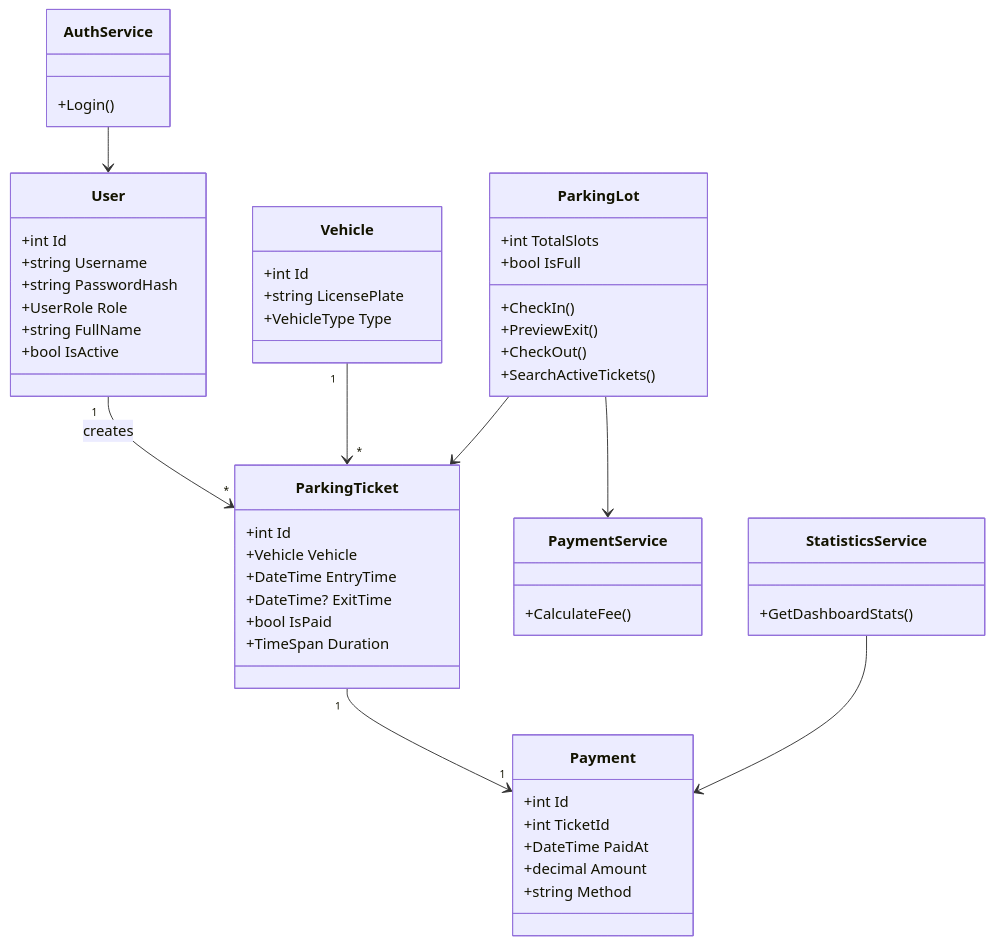
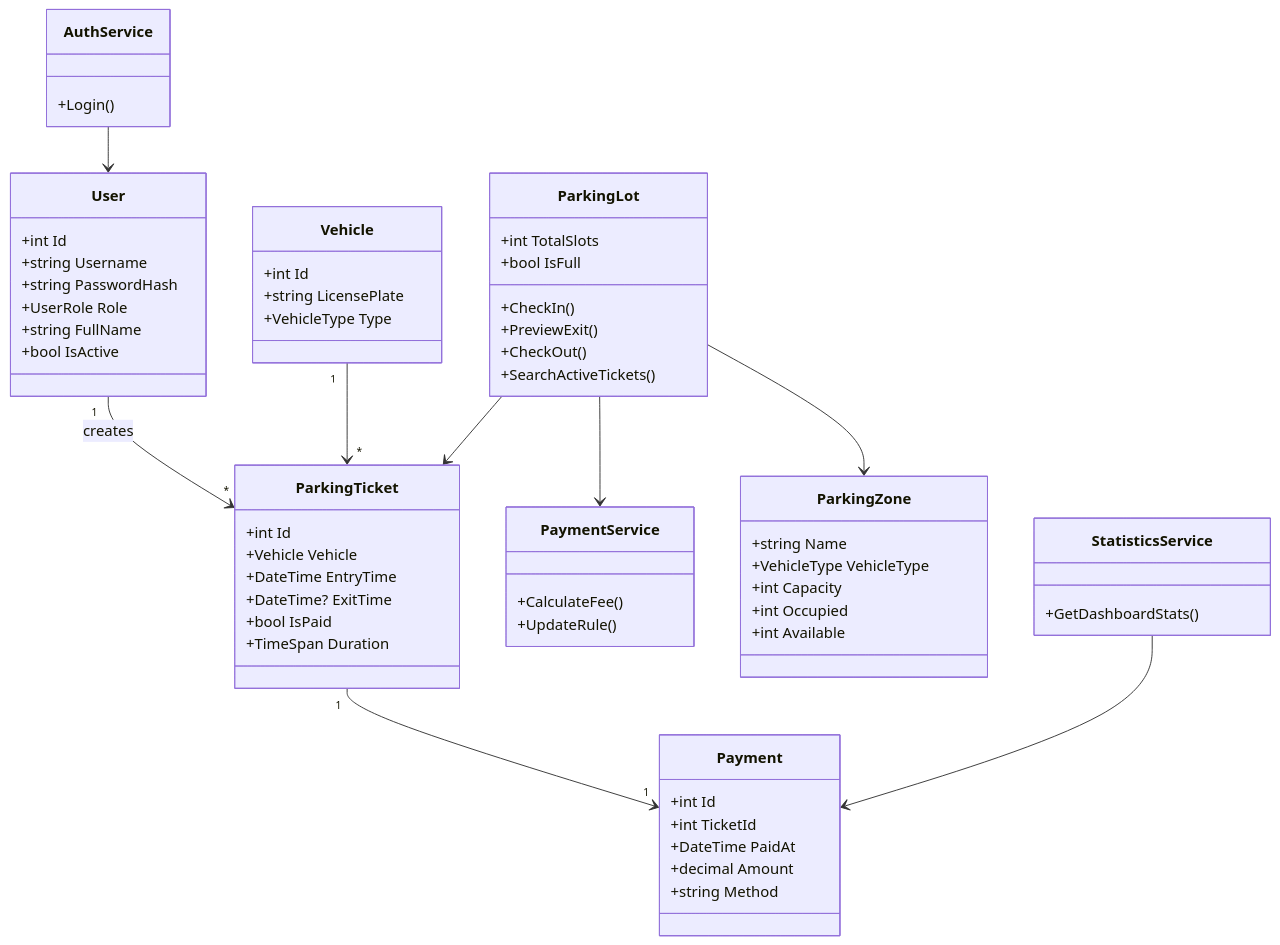
The third of 3 diagrams in README.md (pong-Nguyen/Parkingsimulator), drawn with Mermaid before and after one commit. The commit also changed other lines of this file and 9 other files, not shown here.

````diff
--- a/README.md
+++ b/README.md
@@ -168,63 +199,73 @@
 ```mermaid
 classDiagram
     class User {
         +int Id
         +string Username
         +string PasswordHash
         +UserRole Role
         +string FullName
         +bool IsActive
     }
 
     class Vehicle {
         +int Id
         +string LicensePlate
         +VehicleType Type
     }
 
     class ParkingTicket {
         +int Id
         +Vehicle Vehicle
         +DateTime EntryTime
         +DateTime? ExitTime
         +bool IsPaid
         +TimeSpan Duration
     }
 
     class Payment {
         +int Id
         +int TicketId
         +DateTime PaidAt
         +decimal Amount
         +string Method
     }
 
     class ParkingLot {
         +int TotalSlots
         +bool IsFull
         +CheckIn()
         +PreviewExit()
         +CheckOut()
         +SearchActiveTickets()
     }
 
     class PaymentService {
         +CalculateFee()
+        +UpdateRule()
+    }
+
+    class ParkingZone {
+        +string Name
+        +VehicleType VehicleType
+        +int Capacity
+        +int Occupied
+        +int Available
     }
 
     class StatisticsService {
         +GetDashboardStats()
     }
 
     class AuthService {
         +Login()
     }
 
     User "1" --> "*" ParkingTicket : creates
     Vehicle "1" --> "*" ParkingTicket
     ParkingTicket "1" --> "1" Payment
     ParkingLot --> ParkingTicket
     ParkingLot --> PaymentService
+    ParkingLot --> ParkingZone
     StatisticsService --> Payment
     AuthService --> User
 ```
````
